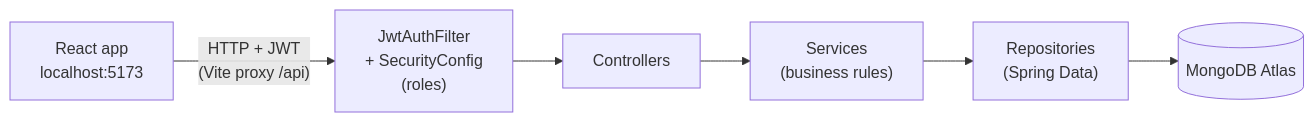
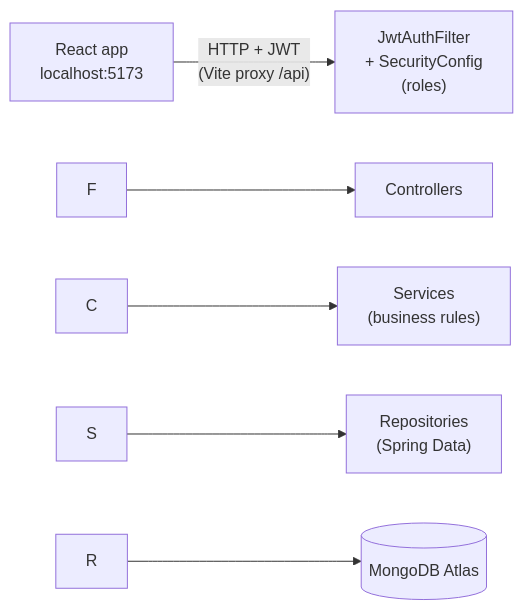
One commit to RKBandla/SampleBankApp changed the diagram in README.md. Above: the diagram before and after it, drawn with Mermaid. The commit also changed other lines of this file, not shown here.

````diff
--- a/README.md
+++ b/README.md
@@ -56,8 +60,8 @@
 ```mermaid
 flowchart LR
-    UI["React app<br/>localhost:5173"] -- "HTTP + JWT<br/>(Vite proxy /api)" --> F["JwtAuthFilter<br/>+ SecurityConfig<br/>(roles)"]
-    F --> C["Controllers"]
-    C --> S["Services<br/>(business rules)"]
-    S --> R["Repositories<br/>(Spring Data)"]
-    R --> DB[("MongoDB Atlas")]
+    UI\["React app<br/>localhost:5173"] -- "HTTP + JWT<br/>(Vite proxy /api)" --> F\["JwtAuthFilter<br/>+ SecurityConfig<br/>(roles)"]
+    F --> C\["Controllers"]
+    C --> S\["Services<br/>(business rules)"]
+    S --> R\["Repositories<br/>(Spring Data)"]
+    R --> DB\[("MongoDB Atlas")]
 ```
````
